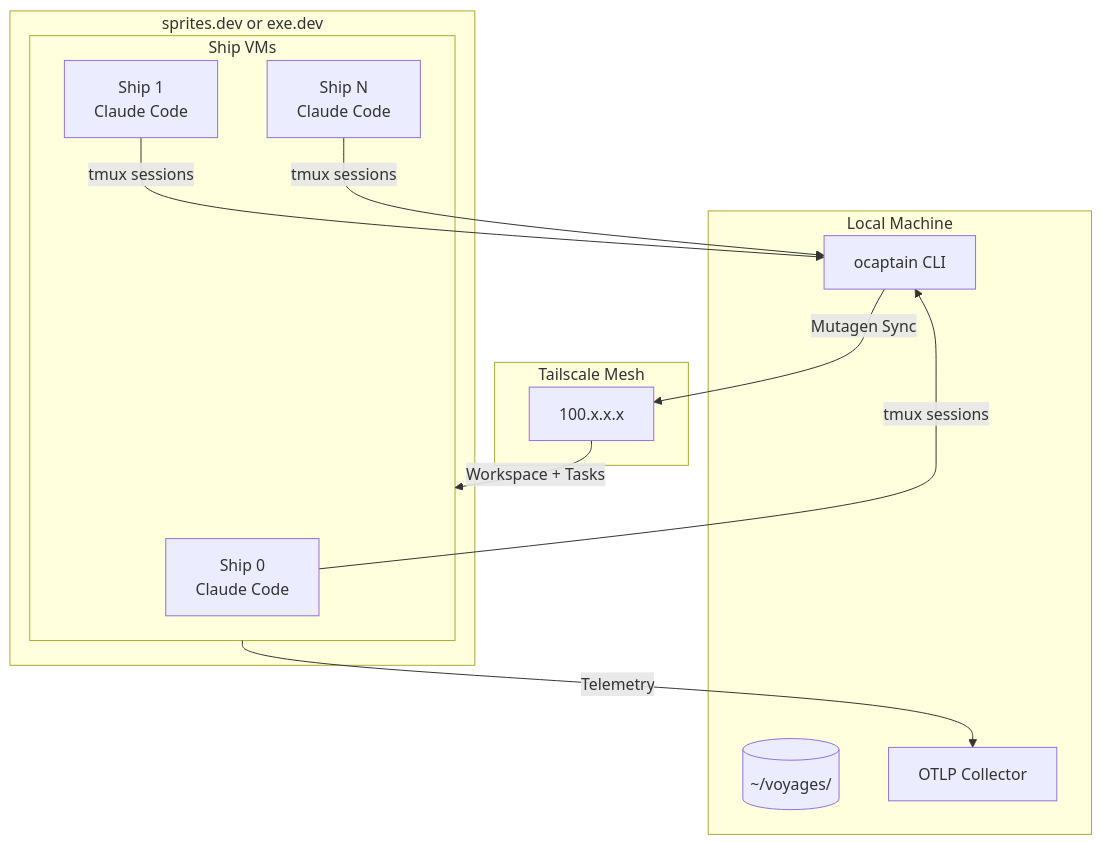
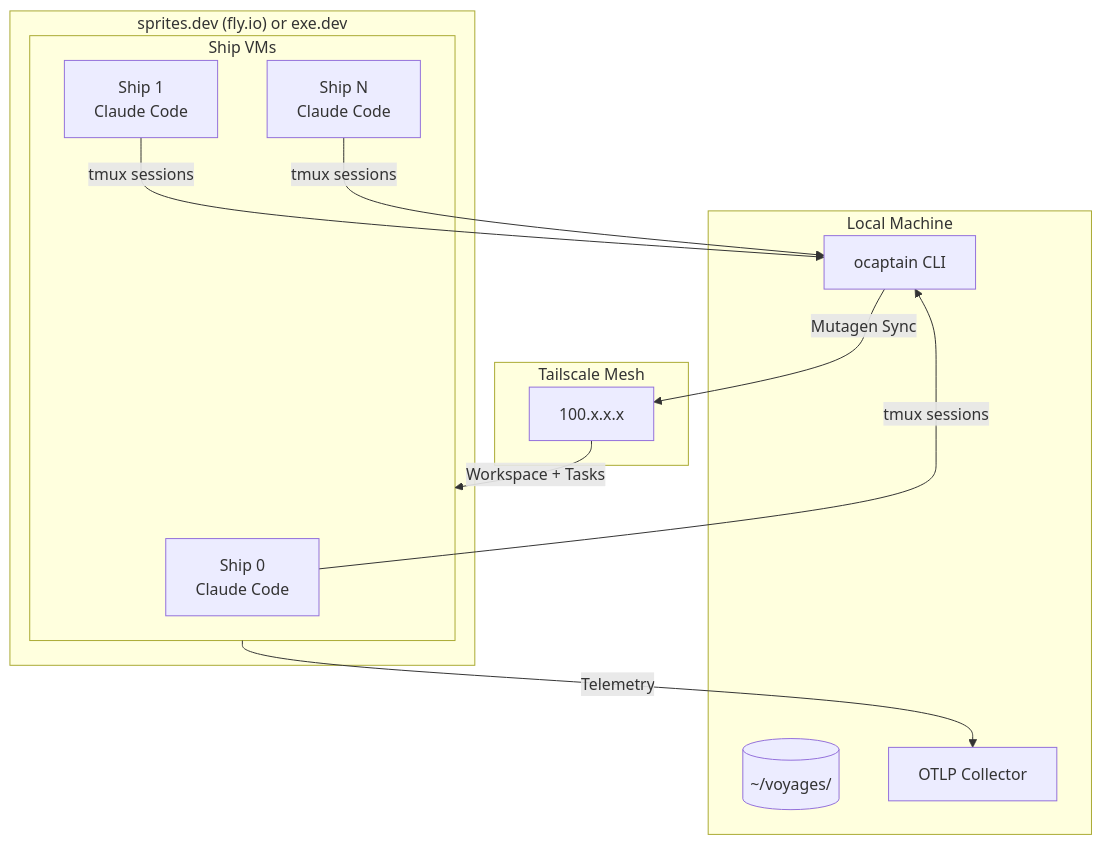
One commit to smithclay/ocaptain changed the diagram in README.md. Above: the diagram before and after it, drawn with Mermaid. The commit also changed other lines of this file, not shown here.

````diff
--- a/README.md
+++ b/README.md
@@ -130,25 +130,25 @@
 ```mermaid
 flowchart TB
     subgraph Local["Local Machine"]
         CLI[ocaptain CLI]
         Voyages[(~/voyages/)]
         Telemetry[OTLP Collector]
     end
 
     subgraph Tailscale["Tailscale Mesh"]
         TS[100.x.x.x]
     end
 
-    subgraph Sprites["sprites.dev or exe.dev"]
+    subgraph Sprites["sprites.dev (fly.io) or exe.dev"]
         subgraph Fleet["Ship VMs"]
             S0[Ship 0<br/>Claude Code]
             S1[Ship 1<br/>Claude Code]
             S2[Ship N<br/>Claude Code]
         end
     end
 
     CLI -->|Mutagen Sync| TS
     TS -->|Workspace + Tasks| Fleet
     Fleet -->|Telemetry| Telemetry
     S0 & S1 & S2 -->|tmux sessions| CLI
 ```
````
